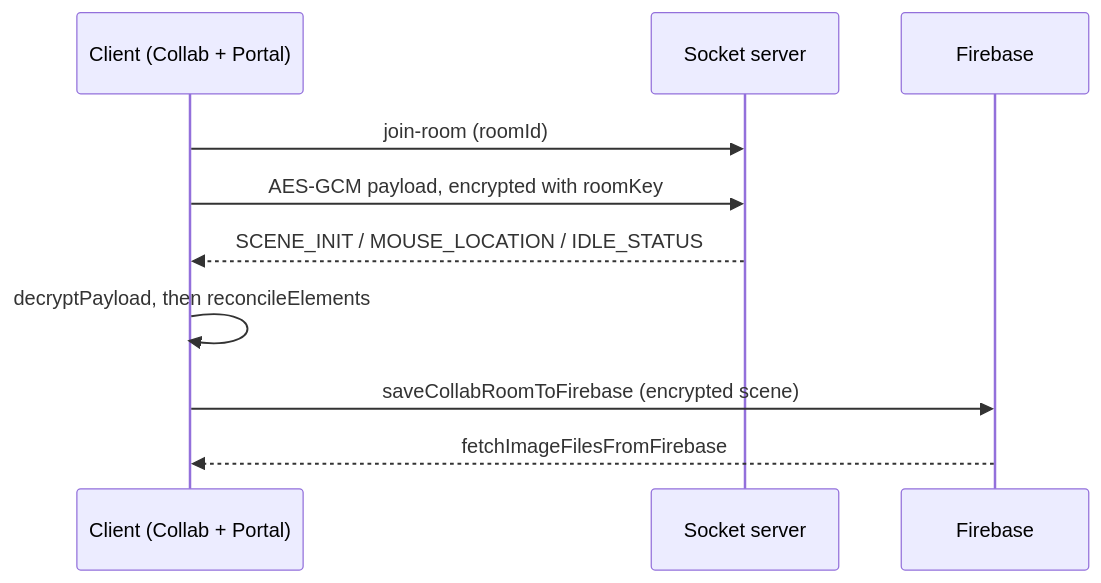
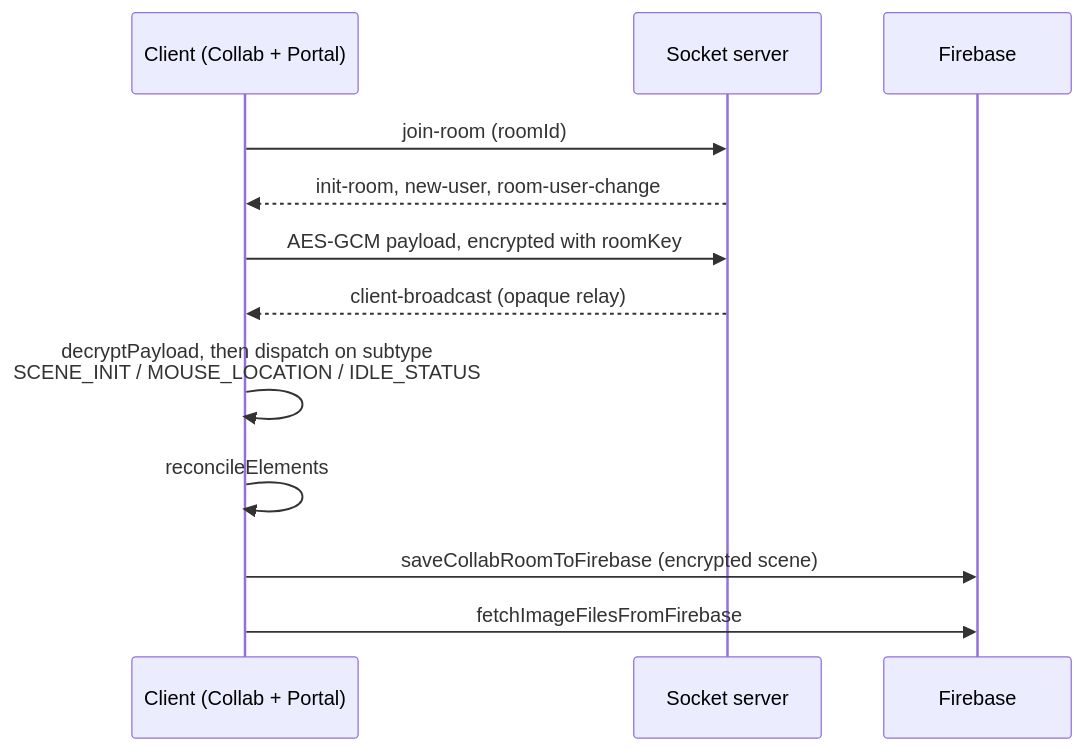
The fourth of 4 diagrams in unobravo/arch/ARCHITECTURE.md (unobravo/whiteboard-fe), drawn with Mermaid before and after one commit. The commit also changed other lines of this file, not shown here.

````diff
--- a/unobravo/arch/ARCHITECTURE.md
+++ b/unobravo/arch/ARCHITECTURE.md
@@ -422,12 +426,14 @@
 ```mermaid
 sequenceDiagram
   participant C as Client (Collab + Portal)
   participant WS as Socket server
   participant FB as Firebase
   C->>WS: join-room (roomId)
+  WS-->>C: init-room, new-user, room-user-change
   C->>WS: AES-GCM payload, encrypted with roomKey
-  WS-->>C: SCENE_INIT / MOUSE_LOCATION / IDLE_STATUS
-  C->>C: decryptPayload, then reconcileElements
+  WS-->>C: client-broadcast (opaque relay)
+  C->>C: decryptPayload, then dispatch on subtype<br/>SCENE_INIT / MOUSE_LOCATION / IDLE_STATUS
+  C->>C: reconcileElements
   C->>FB: saveCollabRoomToFirebase (encrypted scene)
-  FB-->>C: fetchImageFilesFromFirebase
+  C->>FB: fetchImageFilesFromFirebase
 ```
````
